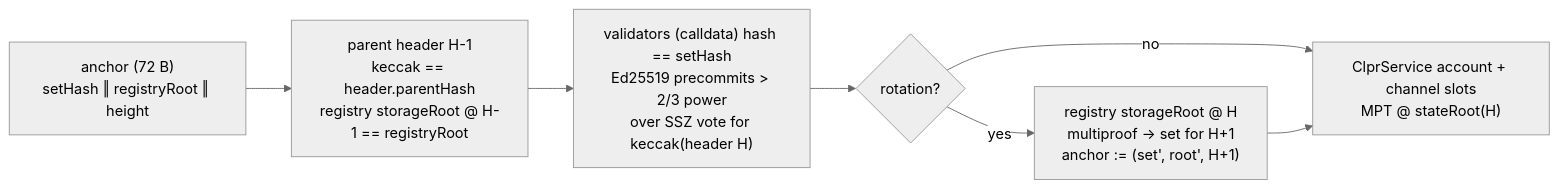
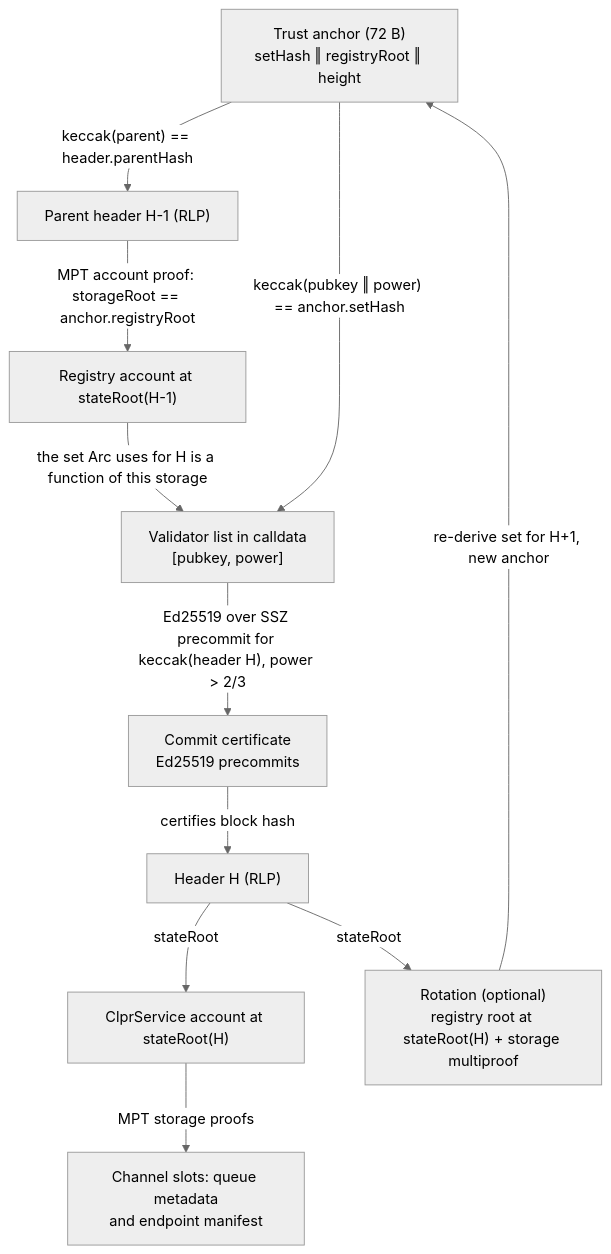
One commit to shayansal/clpr-smart-contracts changed the first of 2 diagrams in src/verifiers/evm/arc/README.md. Above: the diagram before and after it, drawn with Mermaid (neutral theme). The commit also changed other lines of this file and 1 other file, not shown here.

First line of the commit message:
docs(arc): Arc README to the verifier standard and the Arc chain page

````diff
--- a/src/verifiers/evm/arc/README.md
+++ b/src/verifiers/evm/arc/README.md
@@ -43,8 +32,22 @@
 ```mermaid
-flowchart LR
-    A["anchor (72 B)<br/>setHash ‖ registryRoot ‖ height"] --> P["parent header H-1<br/>keccak == header.parentHash<br/>registry storageRoot @ H-1 == registryRoot"]
-    P --> C["validators (calldata) hash == setHash<br/>Ed25519 precommits > 2/3 power<br/>over SSZ vote for keccak(header H)"]
-    C --> R{"rotation?"}
-    R -- no --> S["ClprService account + channel slots<br/>MPT @ stateRoot(H)"]
-    R -- yes --> D["registry storageRoot @ H<br/>multiproof → set for H+1<br/>anchor := (set', root', H+1)"] --> S
+flowchart TD
+    A["Trust anchor (72 B)<br/>setHash ‖ registryRoot ‖ height"]
+    PH["Parent header H-1 (RLP)"]
+    PR["Registry account at stateRoot(H-1)"]
+    V["Validator list in calldata<br/>[pubkey, power]"]
+    H["Header H (RLP)"]
+    C["Commit certificate<br/>Ed25519 precommits"]
+    RO["Rotation (optional)<br/>registry root at stateRoot(H) + storage multiproof"]
+    S["ClprService account at stateRoot(H)"]
+    Q["Channel slots: queue metadata<br/>and endpoint manifest"]
+    A -- "keccak(parent) == header.parentHash" --> PH
+    PH -- "MPT account proof: storageRoot == anchor.registryRoot" --> PR
+    A -- "keccak(pubkey ‖ power) == anchor.setHash" --> V
+    PR -- "the set Arc uses for H is a function of this storage" --> V
+    V -- "Ed25519 over SSZ precommit for keccak(header H), power > 2/3" --> C
+    C -- "certifies block hash" --> H
+    H -- "stateRoot" --> S
+    H -- "stateRoot" --> RO
+    RO -- "re-derive set for H+1, new anchor" --> A
+    S -- "MPT storage proofs" --> Q
 ```
````
